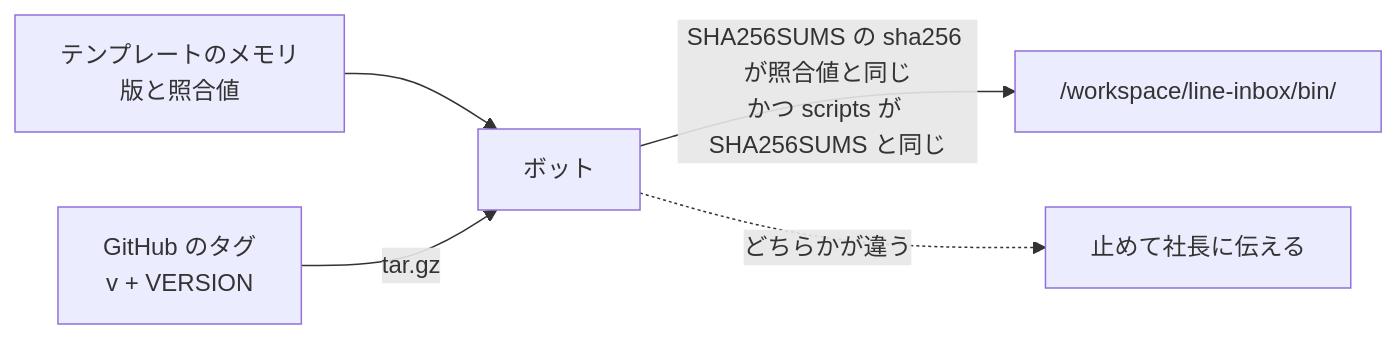
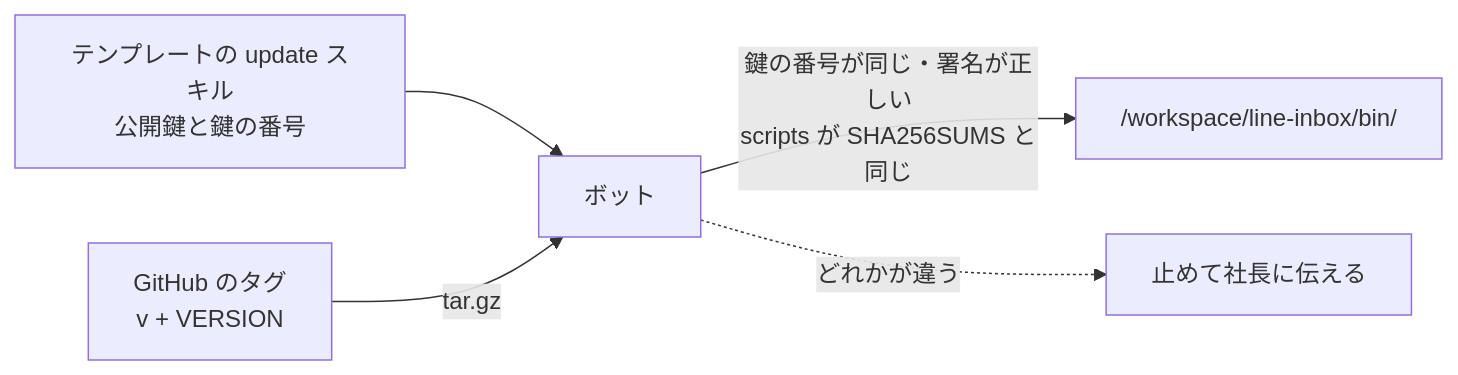
One commit to keesmark/grok-bot-line-desk changed the diagram in README.md. Above: the diagram before and after it, drawn with Mermaid. The commit also changed other lines of this file and 9 other files, not shown here.

````diff
--- a/README.md
+++ b/README.md
@@ -25,7 +26,7 @@
 ```mermaid
 flowchart LR
-  M[テンプレートのメモリ<br>版と照合値] --> B[ボット]
+  K[テンプレートの update スキル<br>公開鍵と鍵の番号] --> B[ボット]
   R[GitHub のタグ<br>v + VERSION] -->|tar.gz| B
-  B -->|SHA256SUMS の sha256 が照合値と同じ<br>かつ scripts が SHA256SUMS と同じ| W["/workspace/line-inbox/bin/"]
-  B -.->|どちらかが違う| S[止めて社長に伝える]
+  B -->|鍵の番号が同じ・署名が正しい<br>scripts が SHA256SUMS と同じ| W["/workspace/line-inbox/bin/"]
+  B -.->|どれかが違う| S[止めて社長に伝える]
 ```
````
